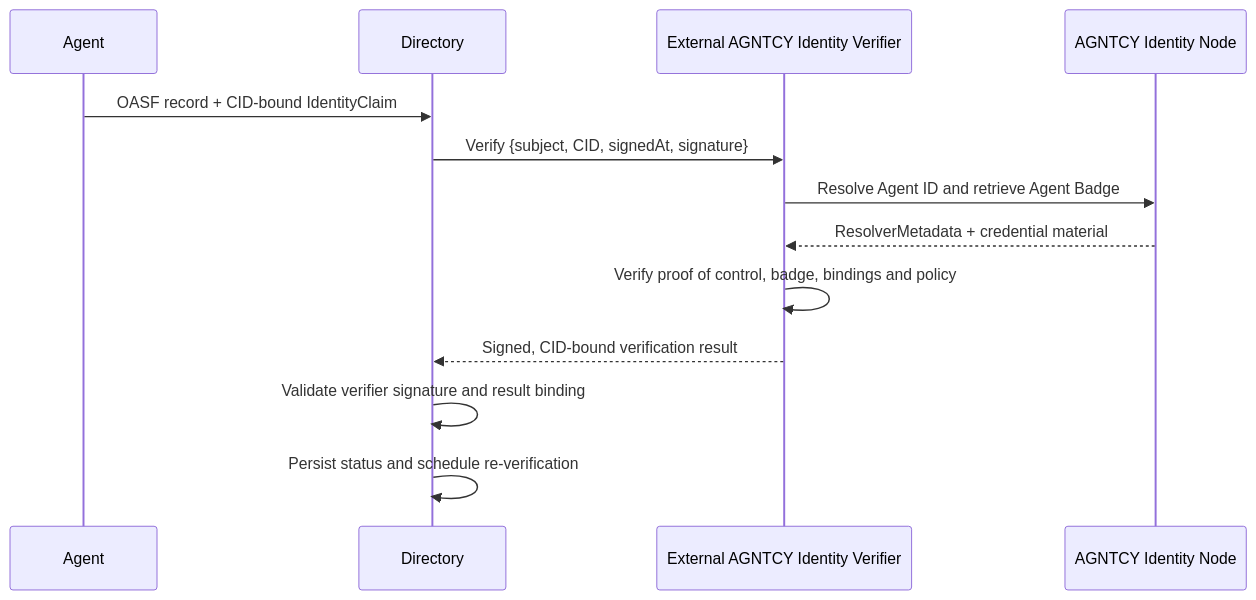
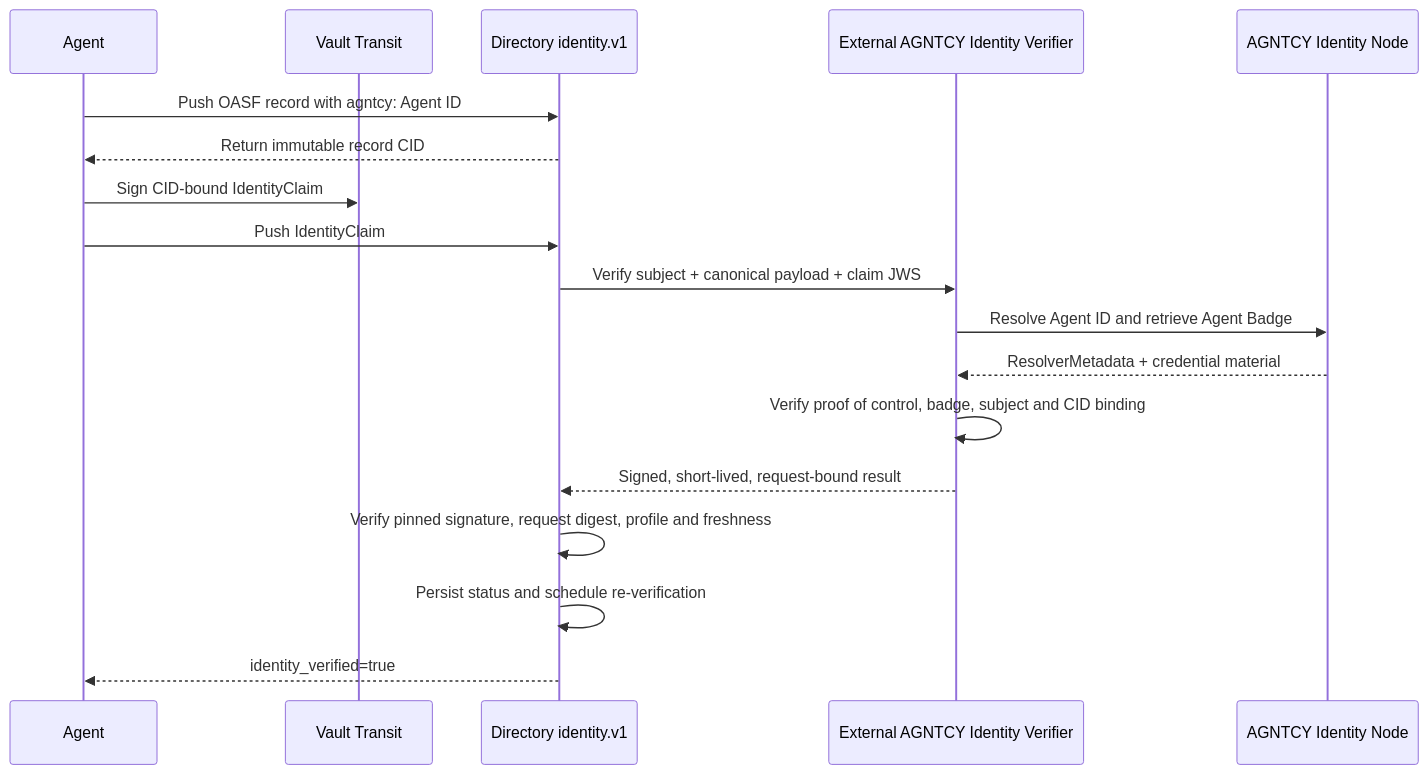
One commit to agntcy/agent-identity-demos changed the second of 2 diagrams in oci-typed-artifacts-poc/DRAFT-DIRECTORY-MAINTAINER-COMMENT.md. Above: the diagram before and after it, drawn with Mermaid. The commit also changed other lines of this file, not shown here.

Commit message:
Prepare verifier PoCs for GitHub discussion

````diff
--- a/oci-typed-artifacts-poc/DRAFT-DIRECTORY-MAINTAINER-COMMENT.md
+++ b/oci-typed-artifacts-poc/DRAFT-DIRECTORY-MAINTAINER-COMMENT.md
@@ -341,16 +306,21 @@
 ```mermaid
 sequenceDiagram
     participant A as Agent
-    participant D as Directory
+    participant V as Vault Transit
+    participant D as Directory identity.v1
     participant X as External AGNTCY Identity Verifier
     participant I as AGNTCY Identity Node
 
-    A->>D: OASF record + CID-bound IdentityClaim
-    D->>X: Verify {subject, CID, signedAt, signature}
+    A->>D: Push OASF record with agntcy: Agent ID
+    D-->>A: Return immutable record CID
+    A->>V: Sign CID-bound IdentityClaim
+    A->>D: Push IdentityClaim
+    D->>X: Verify subject + canonical payload + claim JWS
     X->>I: Resolve Agent ID and retrieve Agent Badge
     I-->>X: ResolverMetadata + credential material
-    X->>X: Verify proof of control, badge, bindings and policy
-    X-->>D: Signed, CID-bound verification result
-    D->>D: Validate verifier signature and result binding
+    X->>X: Verify proof of control, badge, subject and CID binding
+    X-->>D: Signed, short-lived, request-bound result
+    D->>D: Verify pinned signature, request digest, profile and freshness
     D->>D: Persist status and schedule re-verification
+    D-->>A: identity_verified=true
 ```
````
